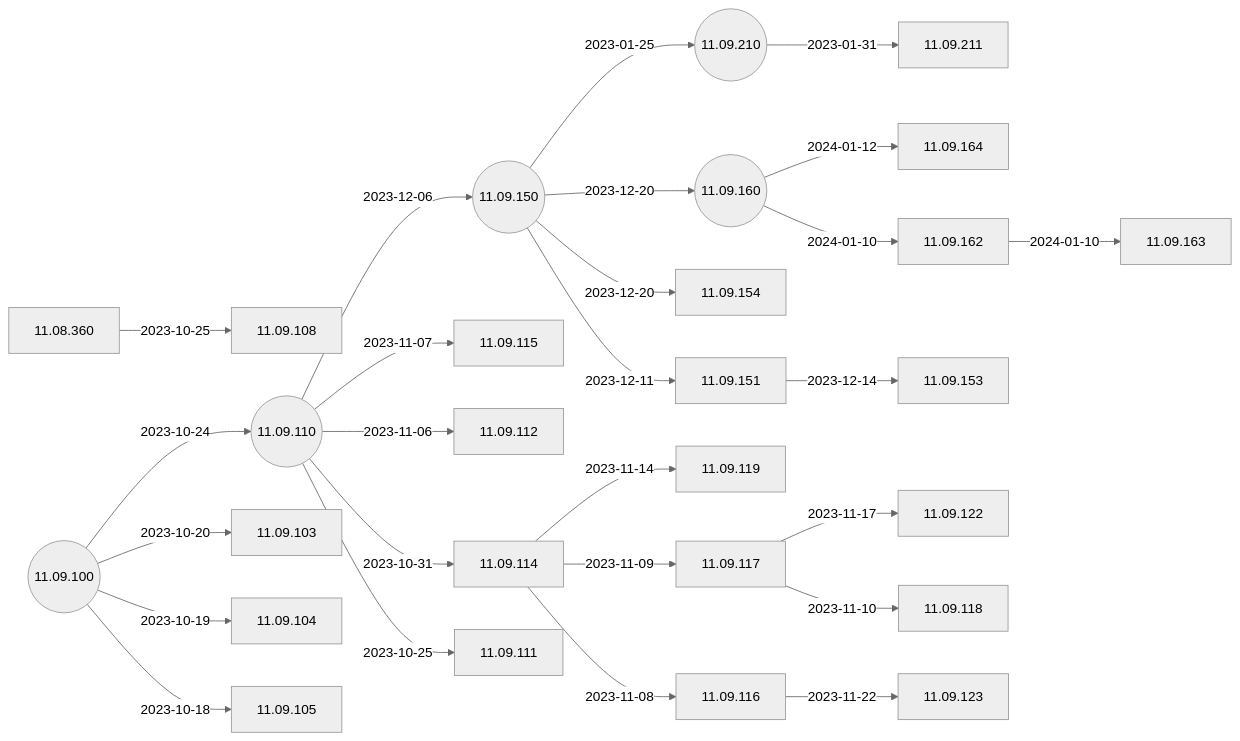
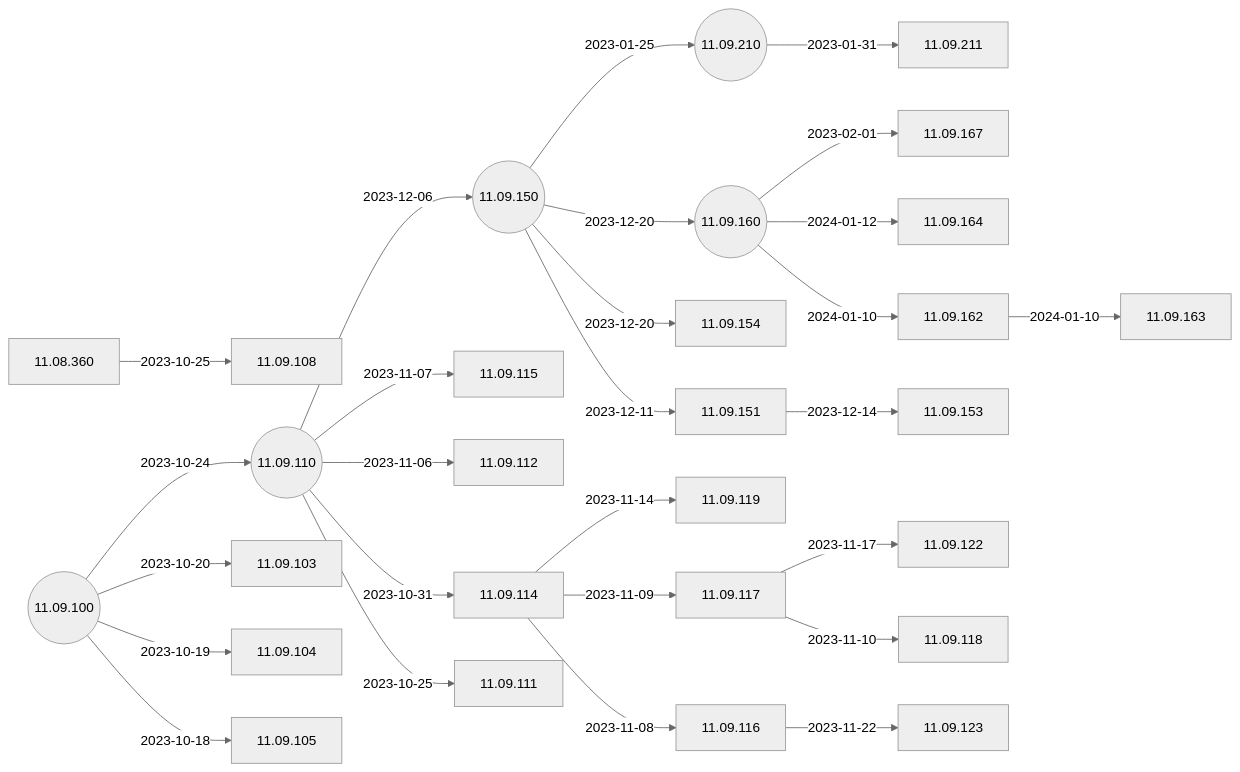
Before and after one commit to IGEL-Community/IGEL-Docs-v02: the second of 5 diagrams in docs/Docs/ReleaseNotes/01-OS11/README.md, drawn with Mermaid (neutral theme). The commit also changed 2 other files, not shown here.

Commit message:
11.09.167 < 11.09.160

````diff
--- a/docs/Docs/ReleaseNotes/01-OS11/README.md
+++ b/docs/Docs/ReleaseNotes/01-OS11/README.md
@@ -41,55 +41,57 @@
 ```mermaid
 flowchart LR
+    11.09.160-- 2023-02-01 -->11.09.167
     11.09.210-- 2023-01-31 -->11.09.211
     11.09.150-- 2023-01-25 -->11.09.210((11.09.210))
     11.09.162-- 2024-01-10 -->11.09.163
     11.09.160-- 2024-01-12 -->11.09.164
     11.09.160-- 2024-01-10 -->11.09.162
     11.09.150-- 2023-12-20 -->11.09.160((11.09.160))
     11.09.150-- 2023-12-20 -->11.09.154
     11.09.151-- 2023-12-14 -->11.09.153
     11.09.150-- 2023-12-11 -->11.09.151
     11.09.110-- 2023-12-06 -->11.09.150((11.09.150))
     11.09.116-- 2023-11-22 -->11.09.123
     11.09.117-- 2023-11-17 -->11.09.122
     11.09.114-- 2023-11-14 -->11.09.119
     11.09.117-- 2023-11-10 -->11.09.118
     11.09.114-- 2023-11-09 -->11.09.117
     11.09.114-- 2023-11-08 -->11.09.116
     11.09.110-- 2023-11-07 -->11.09.115
     11.09.110-- 2023-11-06 -->11.09.112
     11.09.110-- 2023-10-31 -->11.09.114
     11.08.360-- 2023-10-25 -->11.09.108
     11.09.110-- 2023-10-25 -->11.09.111
     11.09.100-- 2023-10-24 -->11.09.110((11.09.110))
     11.09.100-- 2023-10-20 -->11.09.103
     11.09.100-- 2023-10-19 -->11.09.104
     11.09.100-- 2023-10-18 -->11.09.105
     11.09.100((11.09.100))
+    click 11.09.167 "https://github.com/IGEL-Community/IGEL-Docs-v02/tree/main/docs/Docs/ReleaseNotes/01-OS11/readme11.09.167.txt" _blank
     click 11.09.211 "https://github.com/IGEL-Community/IGEL-Docs-v02/tree/main/docs/Docs/ReleaseNotes/01-OS11/readme11.09.211.txt" _blank
     click 11.09.210 "https://github.com/IGEL-Community/IGEL-Docs-v02/tree/main/docs/Docs/ReleaseNotes/01-OS11/readme11.09.210.txt" _blank
     click 11.09.163 "https://github.com/IGEL-Community/IGEL-Docs-v02/tree/main/docs/Docs/ReleaseNotes/01-OS11/readme11.09.163.txt" _blank
     click 11.09.164 "https://github.com/IGEL-Community/IGEL-Docs-v02/tree/main/docs/Docs/ReleaseNotes/01-OS11/readme11.09.164.txt" _blank
     click 11.09.162 "https://github.com/IGEL-Community/IGEL-Docs-v02/tree/main/docs/Docs/ReleaseNotes/01-OS11/readme11.09.162.txt" _blank
     click 11.09.160 "https://github.com/IGEL-Community/IGEL-Docs-v02/tree/main/docs/Docs/ReleaseNotes/01-OS11/readme11.09.160.txt" _blank
     click 11.09.154 "https://github.com/IGEL-Community/IGEL-Docs-v02/tree/main/docs/Docs/ReleaseNotes/01-OS11/readme11.09.154.txt" _blank
     click 11.09.153 "https://github.com/IGEL-Community/IGEL-Docs-v02/tree/main/docs/Docs/ReleaseNotes/01-OS11/readme11.09.153.txt" _blank
     click 11.09.151 "https://github.com/IGEL-Community/IGEL-Docs-v02/tree/main/docs/Docs/ReleaseNotes/01-OS11/readme11.09.151.txt" _blank
     click 11.09.150 "https://github.com/IGEL-Community/IGEL-Docs-v02/tree/main/docs/Docs/ReleaseNotes/01-OS11/readme11.09.150.txt" _blank
     click 11.09.123 "https://github.com/IGEL-Community/IGEL-Docs-v02/tree/main/docs/Docs/ReleaseNotes/01-OS11/readme11.09.123.txt" _blank
     click 11.09.122 "https://github.com/IGEL-Community/IGEL-Docs-v02/tree/main/docs/Docs/ReleaseNotes/01-OS11/readme11.09.122.txt" _blank
     click 11.09.119 "https://github.com/IGEL-Community/IGEL-Docs-v02/tree/main/docs/Docs/ReleaseNotes/01-OS11/readme11.09.119.txt" _blank
     click 11.09.118 "https://github.com/IGEL-Community/IGEL-Docs-v02/tree/main/docs/Docs/ReleaseNotes/01-OS11/readme11.09.118.txt" _blank
     click 11.09.117 "https://github.com/IGEL-Community/IGEL-Docs-v02/tree/main/docs/Docs/ReleaseNotes/01-OS11/readme11.09.117.txt" _blank
     click 11.09.116 "https://github.com/IGEL-Community/IGEL-Docs-v02/tree/main/docs/Docs/ReleaseNotes/01-OS11/readme11.09.116.txt" _blank
     click 11.09.115 "https://github.com/IGEL-Community/IGEL-Docs-v02/tree/main/docs/Docs/ReleaseNotes/01-OS11/readme11.09.115.txt" _blank
     click 11.09.112 "https://github.com/IGEL-Community/IGEL-Docs-v02/tree/main/docs/Docs/ReleaseNotes/01-OS11/readme11.09.112.txt" _blank
     click 11.09.114 "https://github.com/IGEL-Community/IGEL-Docs-v02/tree/main/docs/Docs/ReleaseNotes/01-OS11/readme11.09.114.txt" _blank
     click 11.09.108 "https://github.com/IGEL-Community/IGEL-Docs-v02/tree/main/docs/Docs/ReleaseNotes/01-OS11/readme11.09.108.txt" _blank
     click 11.09.111 "https://github.com/IGEL-Community/IGEL-Docs-v02/tree/main/docs/Docs/ReleaseNotes/01-OS11/readme11.09.111.txt" _blank
     click 11.09.110 "https://github.com/IGEL-Community/IGEL-Docs-v02/tree/main/docs/Docs/ReleaseNotes/01-OS11/readme11.09.110.txt" _blank
     click 11.09.103 "https://github.com/IGEL-Community/IGEL-Docs-v02/tree/main/docs/Docs/ReleaseNotes/01-OS11/readme11.09.103.txt" _blank
     click 11.09.104 "https://github.com/IGEL-Community/IGEL-Docs-v02/tree/main/docs/Docs/ReleaseNotes/01-OS11/readme11.09.104.txt" _blank
     click 11.09.105 "https://github.com/IGEL-Community/IGEL-Docs-v02/tree/main/docs/Docs/ReleaseNotes/01-OS11/readme11.09.105.txt" _blank
     click 11.09.100 "https://github.com/IGEL-Community/IGEL-Docs-v02/tree/main/docs/Docs/ReleaseNotes/01-OS11/readme11.09.100.txt" _blank
 ```
````
